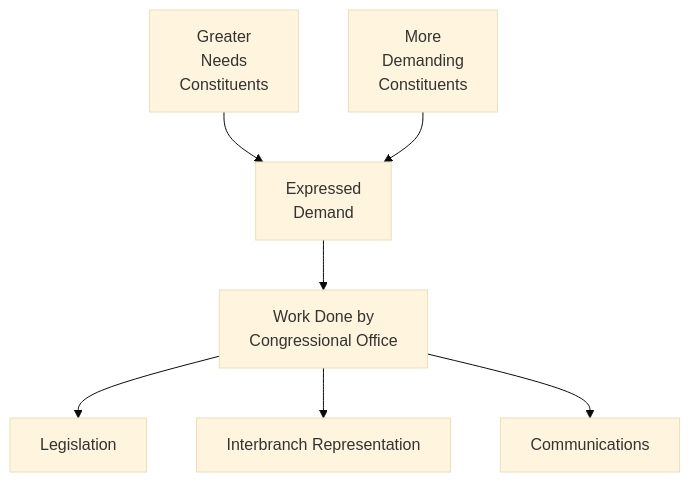
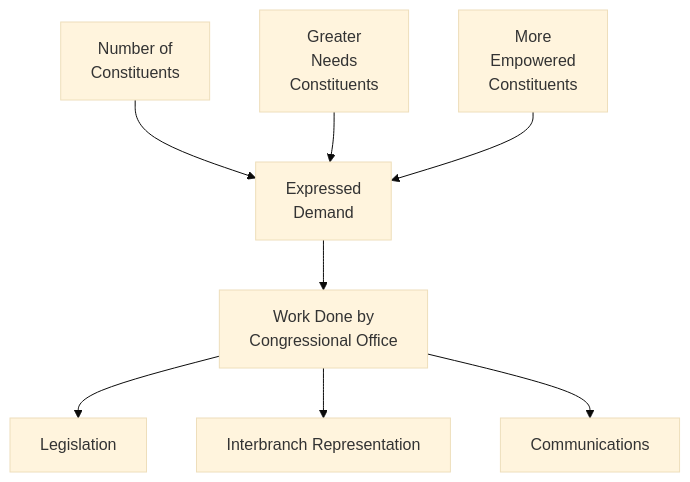
The second of 6 diagrams in causal.qmd (judgelord/cor-book), drawn with Mermaid (base theme) before and after one commit. The commit also changed other lines of this file and 38 other files, not shown here.

````diff
--- a/causal.qmd
+++ b/causal.qmd
@@ -97,23 +105,24 @@
 ```{mermaid}
 %%| label: fig-causal-demand
 %%| fig-cap: "How constituent demand shapes interbranch representation activities"
 %%| fig-width: 6.5
 
 %%| out-width: "100%"
 
 flowchart TD
-        MD["More<br/>Demanding<br/>Constituents"]
+        MC["Number of <br/>Constituents"]
+        MD["More<br/>Empowered<br/>Constituents"]
         GN["Greater<br/> Needs<br/>Constituents"]
         AD["Expressed<br/>Demand"]
         W["Work Done by<br/>Congressional Office"]
         L["Legislation"]
         A["Interbranch Representation"]
         C["Communications"]
-
+    MC -->AD
     GN -->AD
     MD -->AD
     AD --> W
     W --> L
     W --> A
     W --> C
 ```
````
